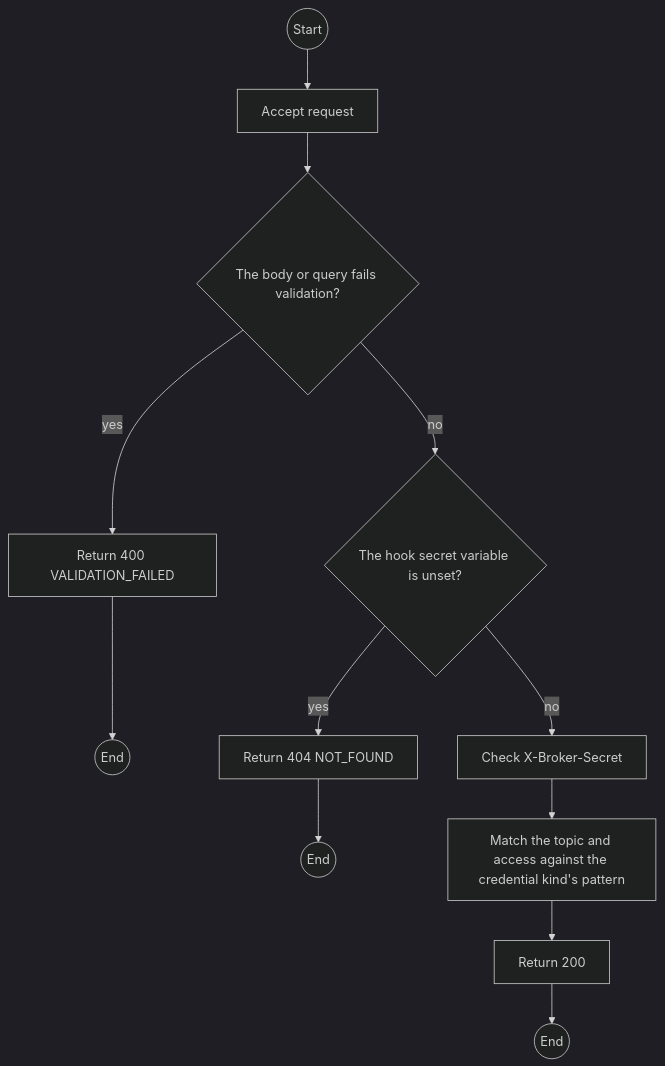
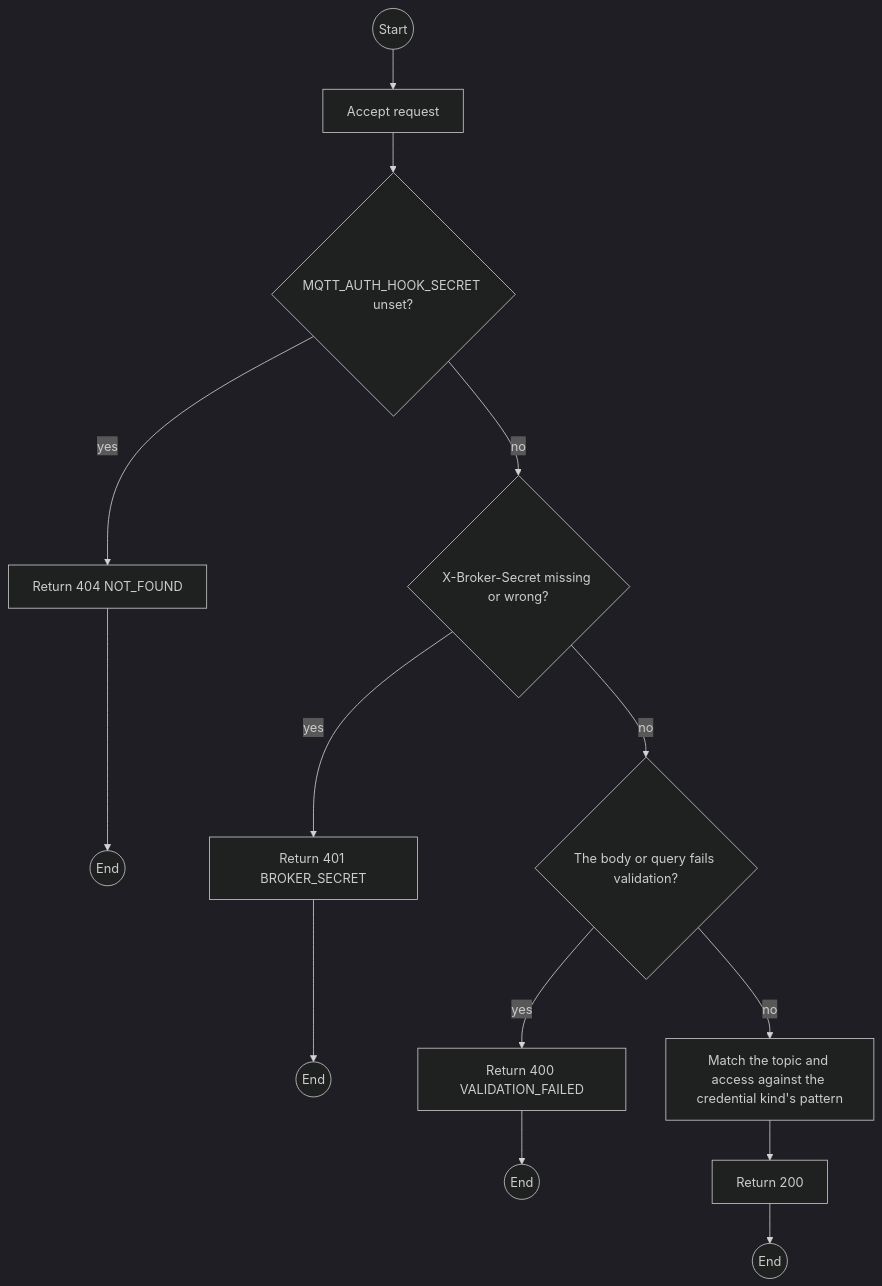
Before and after one commit to TrekLink-Team/treklink-web: the first of 2 diagrams in specs/gateway-sync/api-design/02-post-internal-mqtt-acl.md, drawn with Mermaid (dark theme). The commit also changed other lines of this file and 5 other files, not shown here.

First line of the commit message:
docs: draw the hook secret before validation and record the Stage B limit

````diff
--- a/specs/gateway-sync/api-design/02-post-internal-mqtt-acl.md
+++ b/specs/gateway-sync/api-design/02-post-internal-mqtt-acl.md
@@ -132,23 +132,26 @@
 ```mermaid
 flowchart TB
     S((Start))
     A0["Accept request"]
     S --> A0
+    G0{"MQTT_AUTH_HOOK_SECRET unset?"}
+    A0 --> G0
+    GE0["Return 404 NOT_FOUND"]
+    G0 -->|yes| GE0
+    GE0 --> GX0((End))
+    G1{"X-Broker-Secret missing or wrong?"}
+    G0 -->|no| G1
+    GE1["Return 401 BROKER_SECRET"]
+    G1 -->|yes| GE1
+    GE1 --> GX1((End))
     D1{"The body or query fails validation?"}
-    A0 --> D1
+    G1 -->|no| D1
     E1["Return 400 VALIDATION_FAILED"]
     D1 -->|yes| E1
     E1 --> X1((End))
-    D2{"The hook secret variable is unset?"}
-    D1 -->|no| D2
-    E2["Return 404 NOT_FOUND"]
-    D2 -->|yes| E2
-    E2 --> X2((End))
-    P0["Check X-Broker-Secret"]
-    D2 -->|no| P0
-    P1["Match the topic and access against the credential kind's pattern"]
-    P0 --> P1
+    P0["Match the topic and access against the credential kind's pattern"]
+    D1 -->|no| P0
     OK["Return 200"]
-    P1 --> OK
+    P0 --> OK
     OK --> Z((End))
 ```
````
